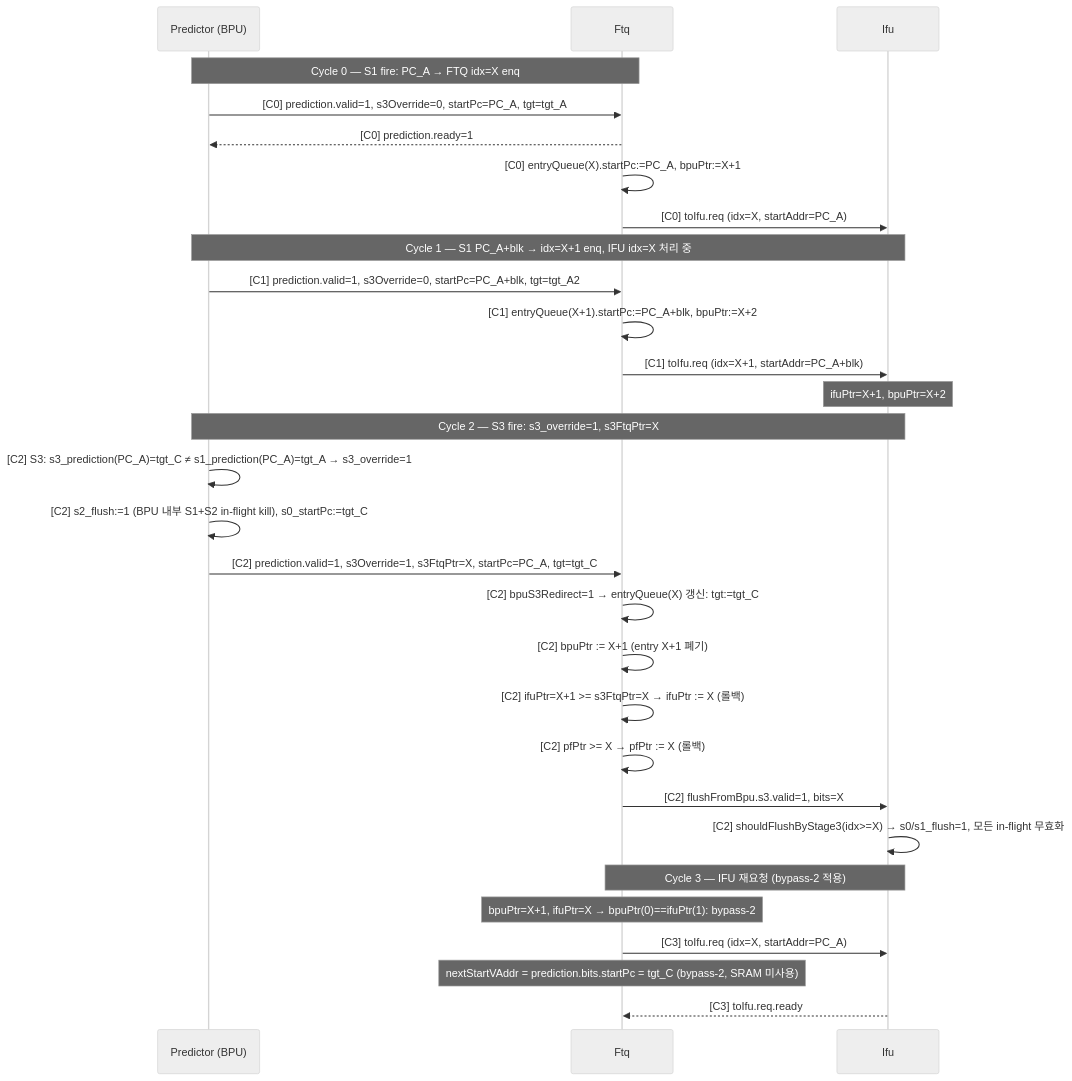
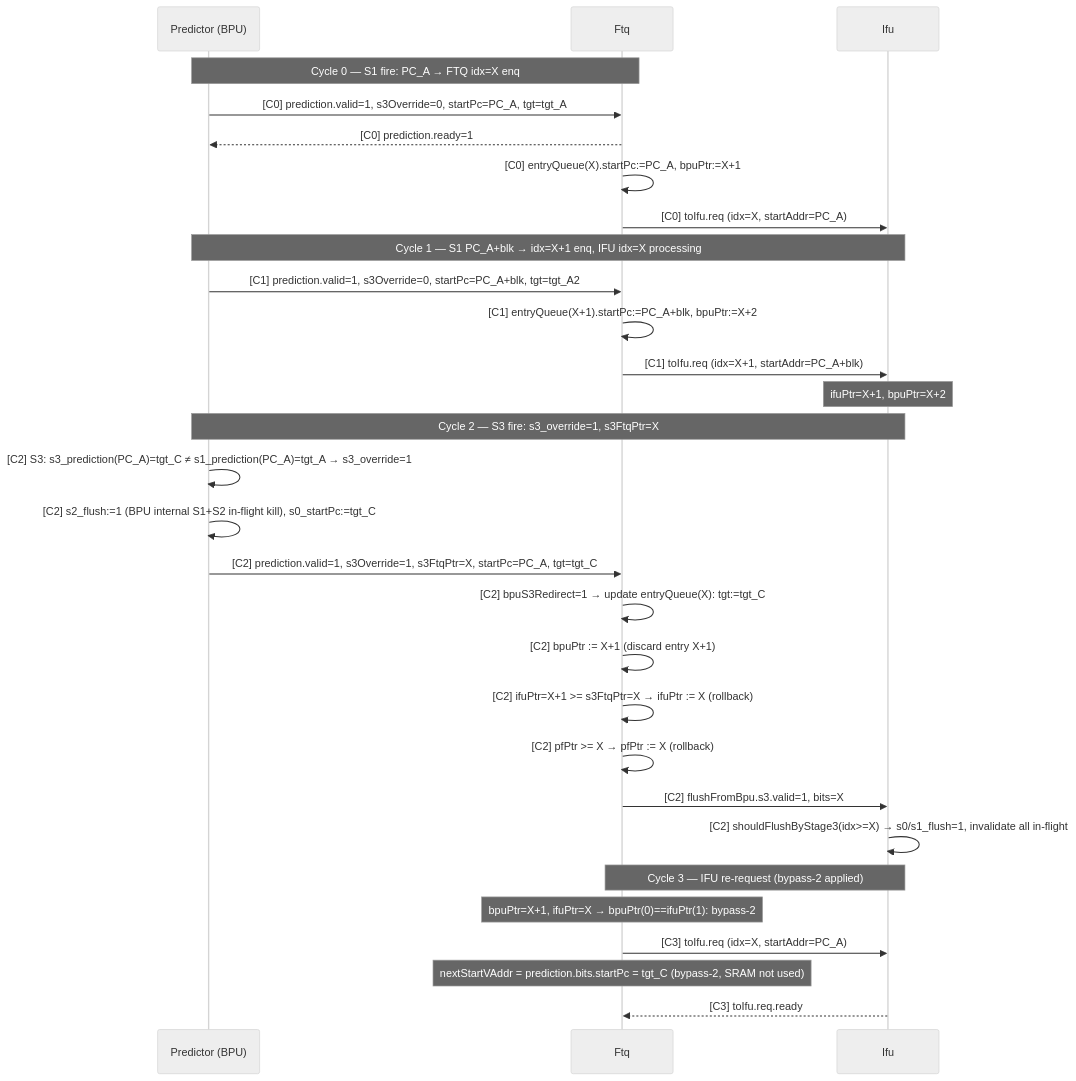
Before and after one commit to cinkeun/CPU_XS_02172026: the second of 7 diagrams in src/main/scala/xiangshan/frontend/doc/frontend_in_out_seq_diagram.md, drawn with Mermaid (neutral theme). The commit also changed other lines of this file and 15 other files, not shown here.

````diff
--- a/src/main/scala/xiangshan/frontend/doc/frontend_in_out_seq_diagram.md
+++ b/src/main/scala/xiangshan/frontend/doc/frontend_in_out_seq_diagram.md
@@ -145,35 +145,35 @@
 ```mermaid
 sequenceDiagram
   participant BPU as Predictor (BPU)
   participant FTQ as Ftq
   participant IFU as Ifu
 
   Note over BPU,FTQ: Cycle 0 — S1 fire: PC_A → FTQ idx=X enq
   BPU->>FTQ: [C0] prediction.valid=1, s3Override=0, startPc=PC_A, tgt=tgt_A
   FTQ-->>BPU: [C0] prediction.ready=1
   FTQ->>FTQ: [C0] entryQueue(X).startPc:=PC_A, bpuPtr:=X+1
   FTQ->>IFU: [C0] toIfu.req (idx=X, startAddr=PC_A)
 
-  Note over BPU,IFU: Cycle 1 — S1 PC_A+blk → idx=X+1 enq, IFU idx=X 처리 중
+Note over BPU,IFU: Cycle 1 — S1 PC_A+blk → idx=X+1 enq, IFU idx=X processing
   BPU->>FTQ: [C1] prediction.valid=1, s3Override=0, startPc=PC_A+blk, tgt=tgt_A2
   FTQ->>FTQ: [C1] entryQueue(X+1).startPc:=PC_A+blk, bpuPtr:=X+2
   FTQ->>IFU: [C1] toIfu.req (idx=X+1, startAddr=PC_A+blk)
   Note over IFU: ifuPtr=X+1, bpuPtr=X+2
 
   Note over BPU,IFU: Cycle 2 — S3 fire: s3_override=1, s3FtqPtr=X
   BPU->>BPU: [C2] S3: s3_prediction(PC_A)=tgt_C ≠ s1_prediction(PC_A)=tgt_A → s3_override=1
-  BPU->>BPU: [C2] s2_flush:=1 (BPU 내부 S1+S2 in-flight kill), s0_startPc:=tgt_C
+BPU->>BPU: [C2] s2_flush:=1 (BPU internal S1+S2 in-flight kill), s0_startPc:=tgt_C
   BPU->>FTQ: [C2] prediction.valid=1, s3Override=1, s3FtqPtr=X, startPc=PC_A, tgt=tgt_C
-  FTQ->>FTQ: [C2] bpuS3Redirect=1 → entryQueue(X) 갱신: tgt:=tgt_C
-  FTQ->>FTQ: [C2] bpuPtr := X+1 (entry X+1 폐기)
-  FTQ->>FTQ: [C2] ifuPtr=X+1 >= s3FtqPtr=X → ifuPtr := X (롤백)
-  FTQ->>FTQ: [C2] pfPtr >= X → pfPtr := X (롤백)
+FTQ->>FTQ: [C2] bpuS3Redirect=1 → update entryQueue(X): tgt:=tgt_C
+FTQ->>FTQ: [C2] bpuPtr := X+1 (discard entry X+1)
+FTQ->>FTQ: [C2] ifuPtr=X+1 >= s3FtqPtr=X → ifuPtr := X (rollback)
+FTQ->>FTQ: [C2] pfPtr >= X → pfPtr := X (rollback)
   FTQ->>IFU: [C2] flushFromBpu.s3.valid=1, bits=X
-  IFU->>IFU: [C2] shouldFlushByStage3(idx>=X) → s0/s1_flush=1, 모든 in-flight 무효화
+IFU->>IFU: [C2] shouldFlushByStage3(idx>=X) → s0/s1_flush=1, invalidate all in-flight
 
-  Note over FTQ,IFU: Cycle 3 — IFU 재요청 (bypass-2 적용)
+Note over FTQ,IFU: Cycle 3 — IFU re-request (bypass-2 applied)
   Note over FTQ: bpuPtr=X+1, ifuPtr=X → bpuPtr(0)==ifuPtr(1): bypass-2
   FTQ->>IFU: [C3] toIfu.req (idx=X, startAddr=PC_A)
-  Note over FTQ: nextStartVAddr = prediction.bits.startPc = tgt_C (bypass-2, SRAM 미사용)
+Note over FTQ: nextStartVAddr = prediction.bits.startPc = tgt_C (bypass-2, SRAM not used)
   IFU-->>FTQ: [C3] toIfu.req.ready
 ```
````
